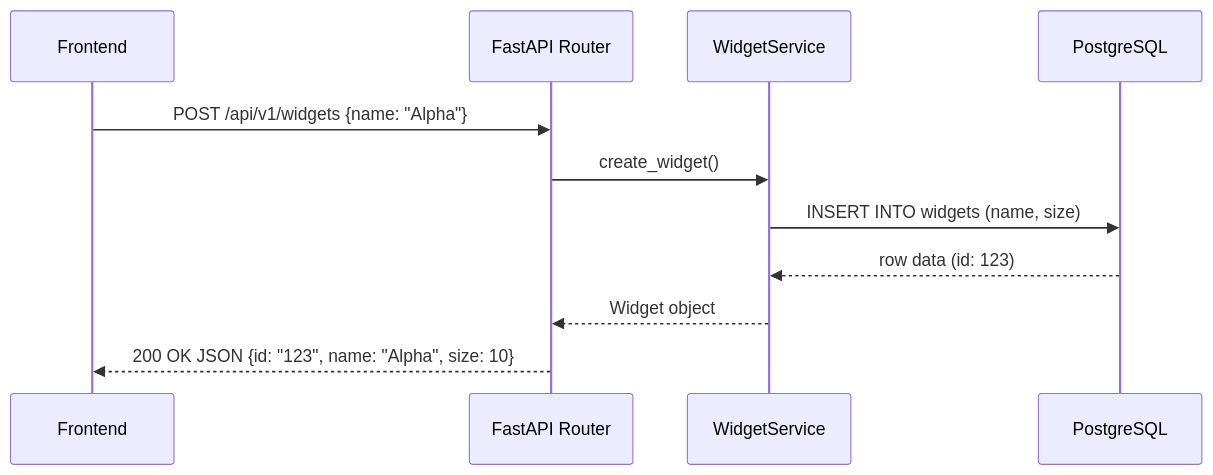
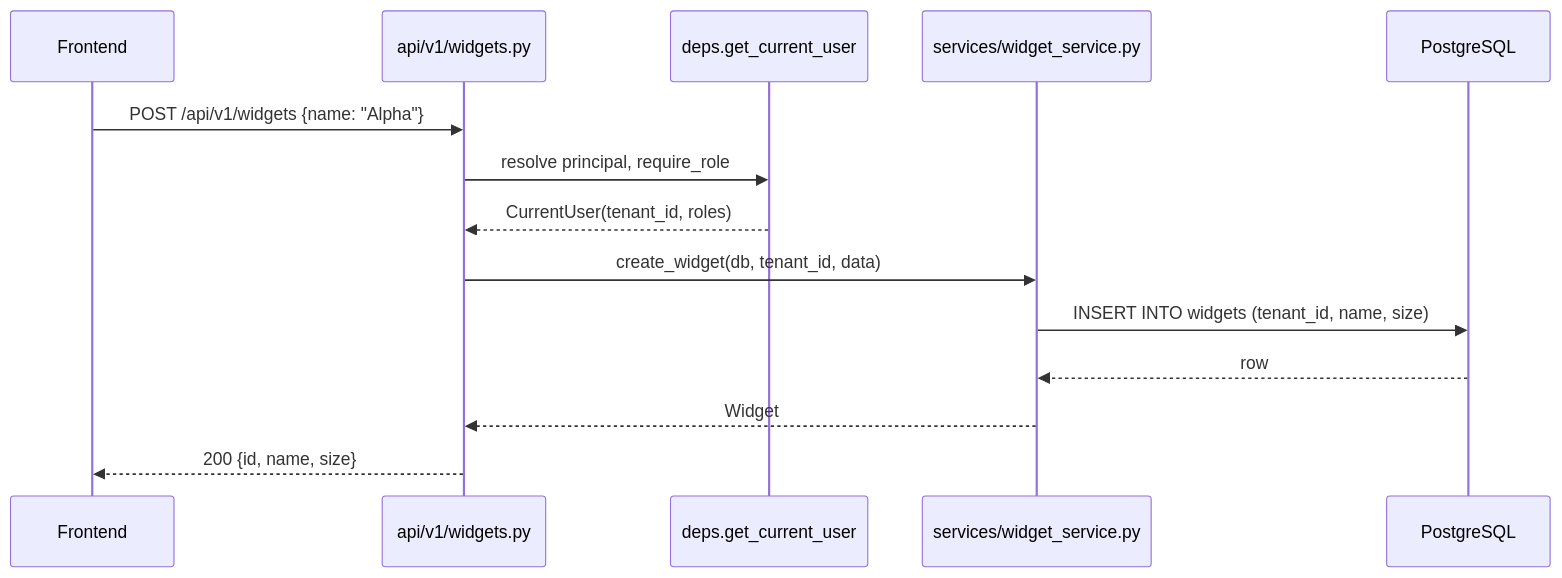
The diagram in docs/13_Developer_Guide.md (Valuedx/ContextEdge), drawn with Mermaid before and after one commit. The commit also changed other lines of this file and 48 other files, not shown here.

````diff
--- a/docs/13_Developer_Guide.md
+++ b/docs/13_Developer_Guide.md
@@ -336,13 +345,16 @@
 ```mermaid
 sequenceDiagram
     participant Frontend
-    participant FastAPI Router
-    participant WidgetService
-    participant PostgreSQL
-    Frontend->>FastAPI Router: POST /api/v1/widgets {name: "Alpha"}
-    FastAPI Router->>WidgetService: create_widget()
-    WidgetService->>PostgreSQL: INSERT INTO widgets (name, size)
-    PostgreSQL-->>WidgetService: row data (id: 123)
-    WidgetService-->>FastAPI Router: Widget object
-    FastAPI Router-->>Frontend: 200 OK JSON {id: "123", name: "Alpha", size: 10}
+    participant Router as api/v1/widgets.py
+    participant Deps as deps.get_current_user
+    participant Service as services/widget_service.py
+    participant DB as PostgreSQL
+    Frontend->>Router: POST /api/v1/widgets {name: "Alpha"}
+    Router->>Deps: resolve principal, require_role
+    Deps-->>Router: CurrentUser(tenant_id, roles)
+    Router->>Service: create_widget(db, tenant_id, data)
+    Service->>DB: INSERT INTO widgets (tenant_id, name, size)
+    DB-->>Service: row
+    Service-->>Router: Widget
+    Router-->>Frontend: 200 {id, name, size}
 ```
````
